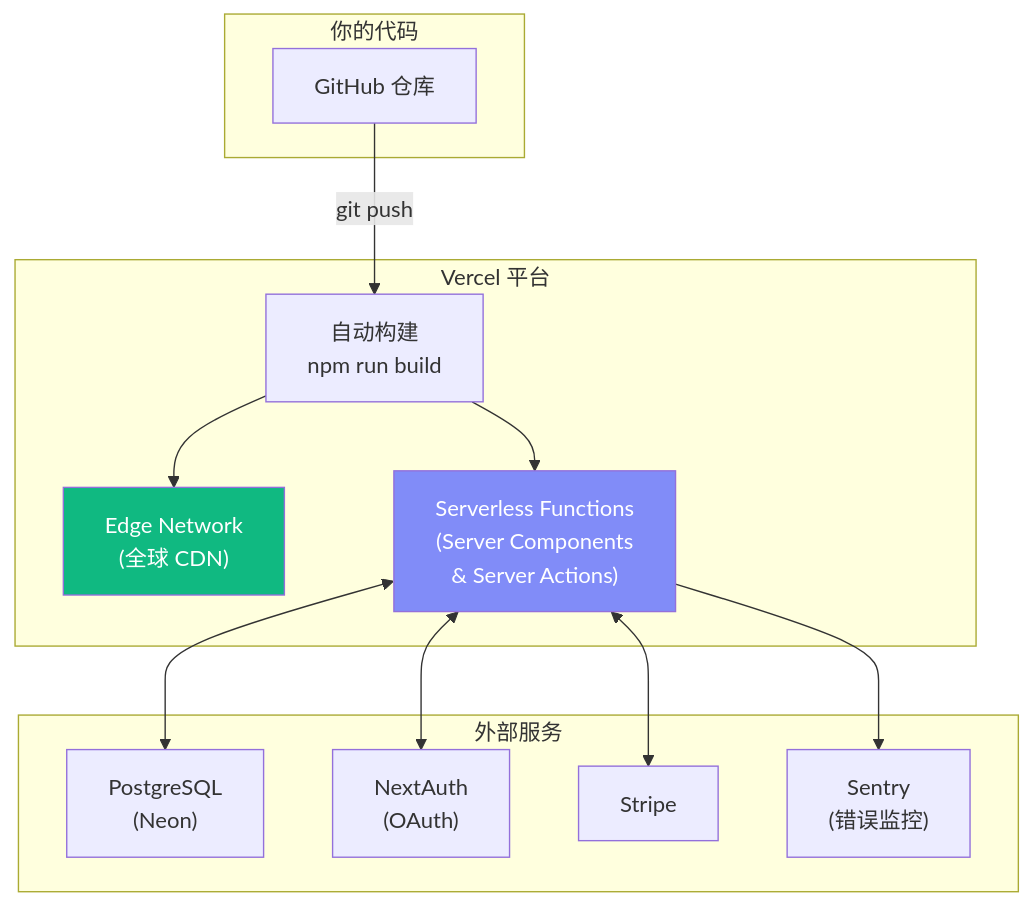
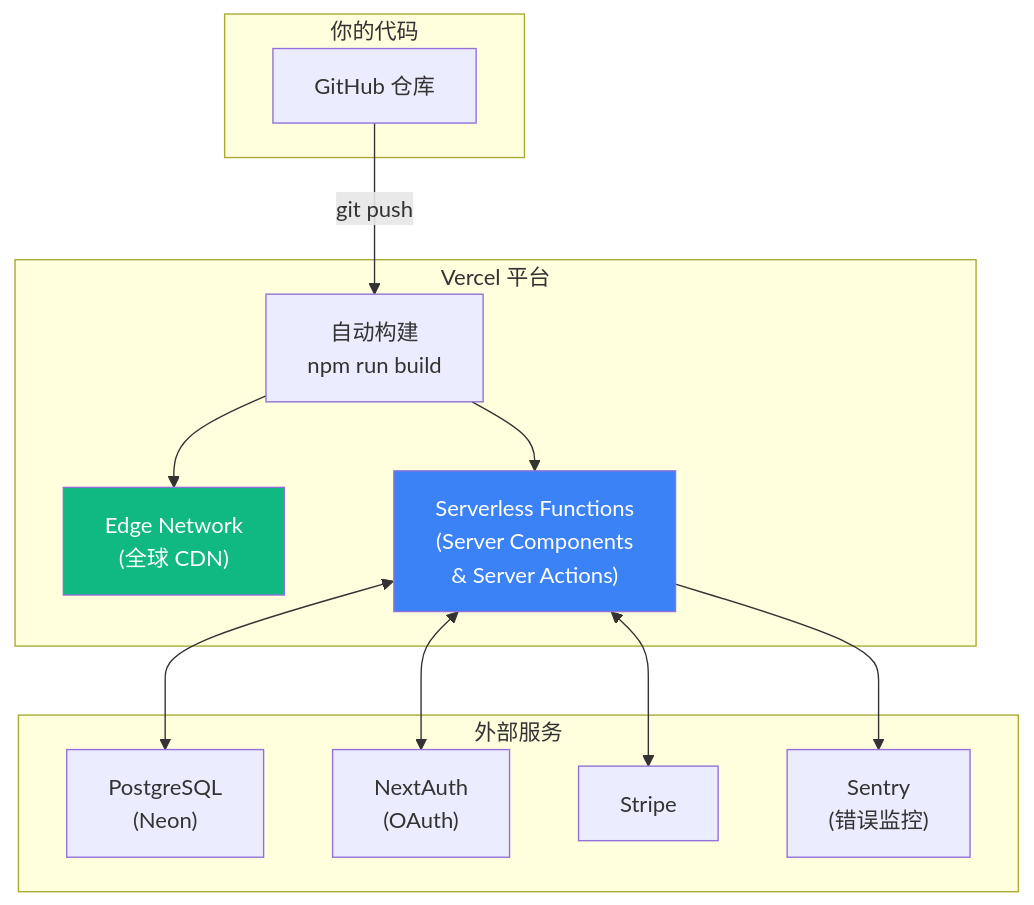
One commit to boltguo/react_learn changed the first of 4 diagrams in docs/Lesson_28.md. Above: the diagram before and after it, drawn with Mermaid. The commit also changed other lines of this file and 31 other files, not shown here.

Commit message:
docs: 统一Mermaid术语与配色层级

````diff
--- a/docs/Lesson_28.md
+++ b/docs/Lesson_28.md
@@ -21,30 +33,30 @@
 ```mermaid
 flowchart TB
     subgraph "你的代码"
         GH["GitHub 仓库"]
     end
     
     subgraph "Vercel 平台"
         Build["自动构建<br/>npm run build"]
         Edge["Edge Network<br/>(全球 CDN)"]
         Serverless["Serverless Functions<br/>(Server Components<br/>& Server Actions)"]
     end
     
     subgraph "外部服务"
         DB["PostgreSQL<br/>(Neon)"]
         Auth["NextAuth<br/>(OAuth)"]
         Pay["Stripe"]
         Monitor["Sentry<br/>(错误监控)"]
     end
     
     GH -->|"git push"| Build
     Build --> Edge
     Build --> Serverless
     Serverless <--> DB
     Serverless <--> Auth
     Serverless <--> Pay
     Serverless --> Monitor
     
     style Edge fill:#10b981,color:#fff
-    style Serverless fill:#818cf8,color:#fff
+    style Serverless fill:#3b82f6,color:#fff
 ```
````
